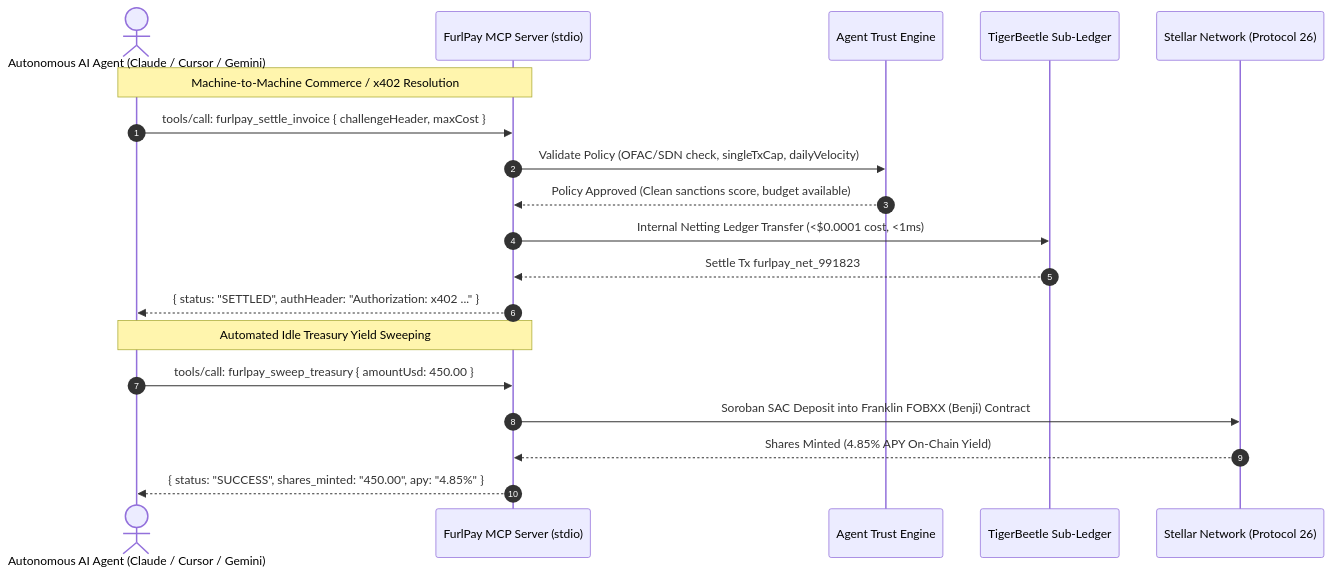
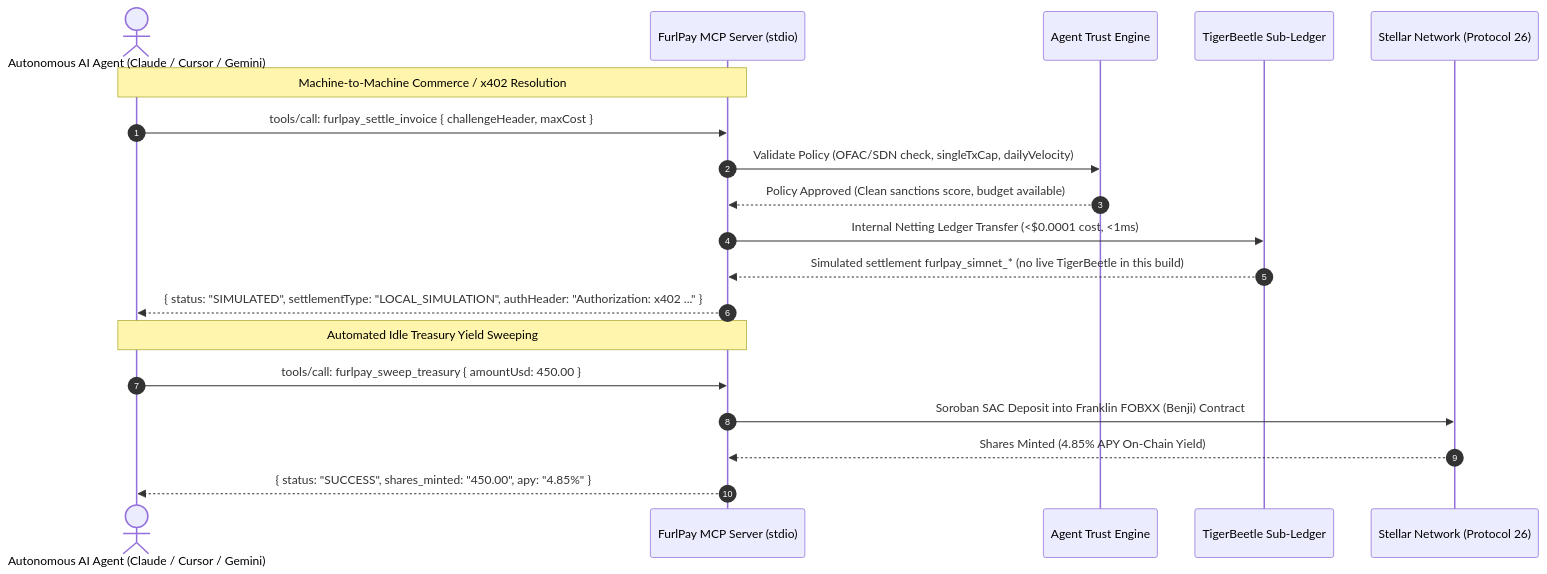
One commit to FurlPay/furlpay-cli changed the fourth of 4 diagrams in README.md. Above: the diagram before and after it, drawn with Mermaid. The commit also changed other lines of this file and 14 other files, not shown here.

````diff
--- a/README.md
+++ b/README.md
@@ -138,23 +138,23 @@
 ```mermaid
 sequenceDiagram
     autonumber
     actor Agent as Autonomous AI Agent (Claude / Cursor / Gemini)
     participant MCP as FurlPay MCP Server (stdio)
     participant Trust as Agent Trust Engine
     participant TB as TigerBeetle Sub-Ledger
     participant Stellar as Stellar Network (Protocol 26)
 
     Note over Agent,MCP: Machine-to-Machine Commerce / x402 Resolution
     Agent->>MCP: tools/call: furlpay_settle_invoice { challengeHeader, maxCost }
     MCP->>Trust: Validate Policy (OFAC/SDN check, singleTxCap, dailyVelocity)
     Trust-->>MCP: Policy Approved (Clean sanctions score, budget available)
     MCP->>TB: Internal Netting Ledger Transfer (<$0.0001 cost, <1ms)
-    TB-->>MCP: Settle Tx furlpay_net_991823
-    MCP-->>Agent: { status: "SETTLED", authHeader: "Authorization: x402 ..." }
+    TB-->>MCP: Simulated settlement furlpay_simnet_* (no live TigerBeetle in this build)
+    MCP-->>Agent: { status: "SIMULATED", settlementType: "LOCAL_SIMULATION", authHeader: "Authorization: x402 ..." }
 
     Note over Agent,MCP: Automated Idle Treasury Yield Sweeping
     Agent->>MCP: tools/call: furlpay_sweep_treasury { amountUsd: 450.00 }
     MCP->>Stellar: Soroban SAC Deposit into Franklin FOBXX (Benji) Contract
     Stellar-->>MCP: Shares Minted (4.85% APY On-Chain Yield)
     MCP-->>Agent: { status: "SUCCESS", shares_minted: "450.00", apy: "4.85%" }
 ```
````
